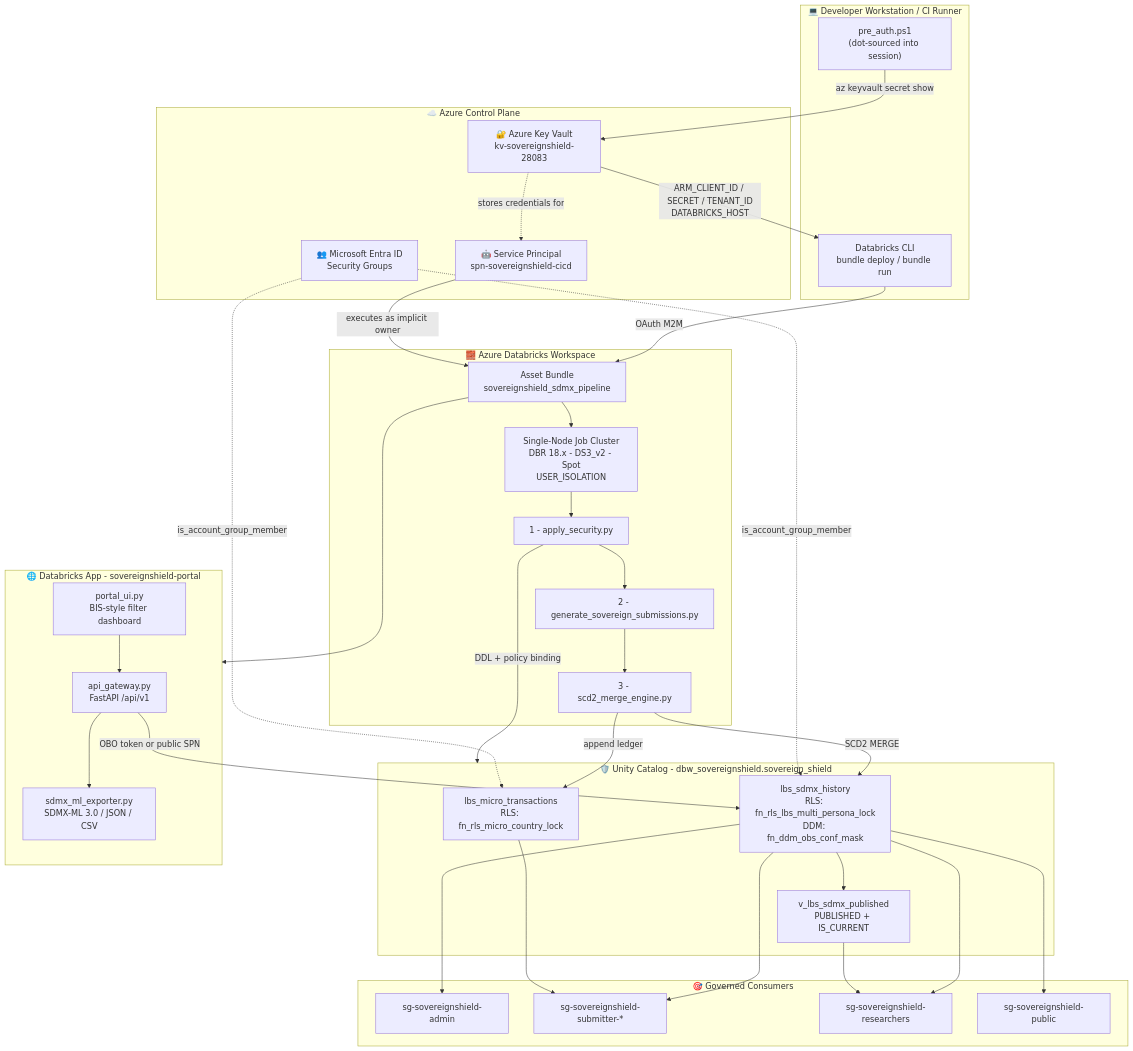
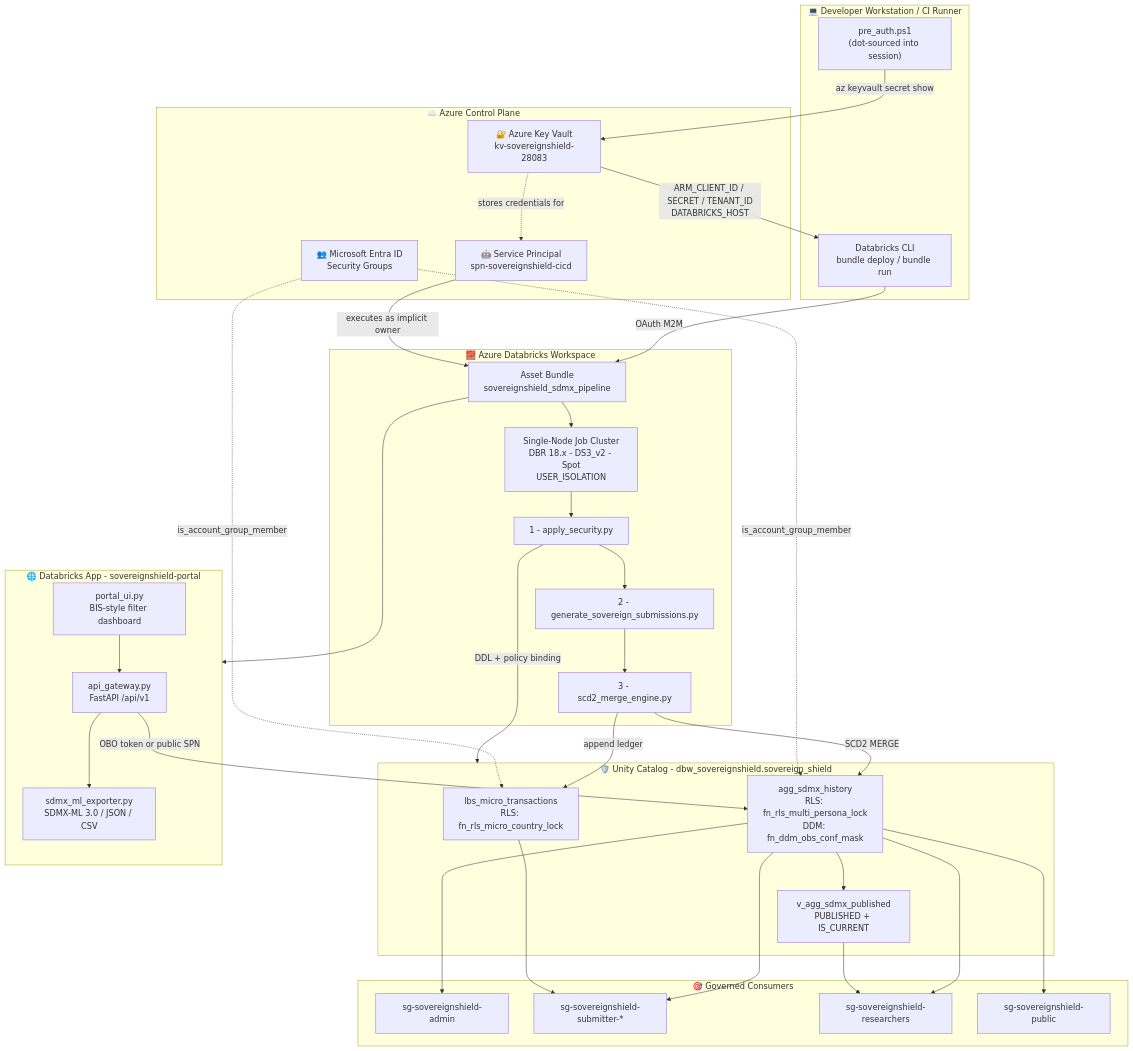
The diagram in README.md (botlhale/sovereign-shield), drawn with Mermaid before and after one commit. The commit also changed other lines of this file and 40 other files, not shown here.

````diff
--- a/README.md
+++ b/README.md
@@ -47,64 +47,64 @@
 ```mermaid
 flowchart TB
     subgraph LOCAL["💻 Developer Workstation / CI Runner"]
         AUTH["pre_auth.ps1<br/>(dot-sourced into session)"]
         CLI["Databricks CLI<br/>bundle deploy / bundle run"]
     end
 
     subgraph AZURE["☁️ Azure Control Plane"]
         KV["🔐 Azure Key Vault<br/>kv-sovereignshield-28083"]
         SPN["🤖 Service Principal<br/>spn-sovereignshield-cicd"]
         ENTRA["👥 Microsoft Entra ID<br/>Security Groups"]
     end
 
     subgraph DBX["🧱 Azure Databricks Workspace"]
         DAB["Asset Bundle<br/>sovereignshield_sdmx_pipeline"]
         COMPUTE["Single-Node Job Cluster<br/>DBR 18.x - DS3_v2 - Spot<br/>USER_ISOLATION"]
         T1["1 - apply_security.py"]
         T2["2 - generate_sovereign_submissions.py"]
         T3["3 - scd2_merge_engine.py"]
     end
 
     subgraph UC["🛡️ Unity Catalog - dbw_sovereignshield.sovereign_shield"]
         MICRO["lbs_micro_transactions<br/>RLS: fn_rls_micro_country_lock"]
-        MACRO["lbs_sdmx_history<br/>RLS: fn_rls_lbs_multi_persona_lock<br/>DDM: fn_ddm_obs_conf_mask"]
-        VIEW["v_lbs_sdmx_published<br/>PUBLISHED + IS_CURRENT"]
+        MACRO["agg_sdmx_history<br/>RLS: fn_rls_multi_persona_lock<br/>DDM: fn_ddm_obs_conf_mask"]
+        VIEW["v_agg_sdmx_published<br/>PUBLISHED + IS_CURRENT"]
     end
 
     subgraph PORTAL["🌐 Databricks App - sovereignshield-portal"]
         API["api_gateway.py<br/>FastAPI /api/v1"]
         UI["portal_ui.py<br/>BIS-style filter dashboard"]
         EXP["sdmx_ml_exporter.py<br/>SDMX-ML 3.0 / JSON / CSV"]
     end
 
     subgraph CONSUMERS["🎯 Governed Consumers"]
         ADMIN["sg-sovereignshield-admin"]
         SUB["sg-sovereignshield-submitter-*"]
         RES["sg-sovereignshield-researchers"]
         PUB["sg-sovereignshield-public"]
     end
 
     AUTH -->|az keyvault secret show| KV
     KV -->|ARM_CLIENT_ID / SECRET / TENANT_ID<br/>DATABRICKS_HOST| CLI
     KV -.->|stores credentials for| SPN
     CLI -->|OAuth M2M| DAB
     SPN -->|executes as implicit owner| DAB
     DAB --> COMPUTE
     DAB --> PORTAL
     COMPUTE --> T1 --> T2 --> T3
     T1 -->|DDL + policy binding| UC
     T3 -->|append ledger| MICRO
     T3 -->|SCD2 MERGE| MACRO
     MACRO --> VIEW
     ENTRA -.->|is_account_group_member| MACRO
     ENTRA -.->|is_account_group_member| MICRO
     UI --> API
     API --> EXP
     API -->|OBO token or public SPN| MACRO
     MACRO --> ADMIN
     MACRO --> SUB
     MACRO --> RES
     MACRO --> PUB
     MICRO --> SUB
     VIEW --> RES
 ```
````
